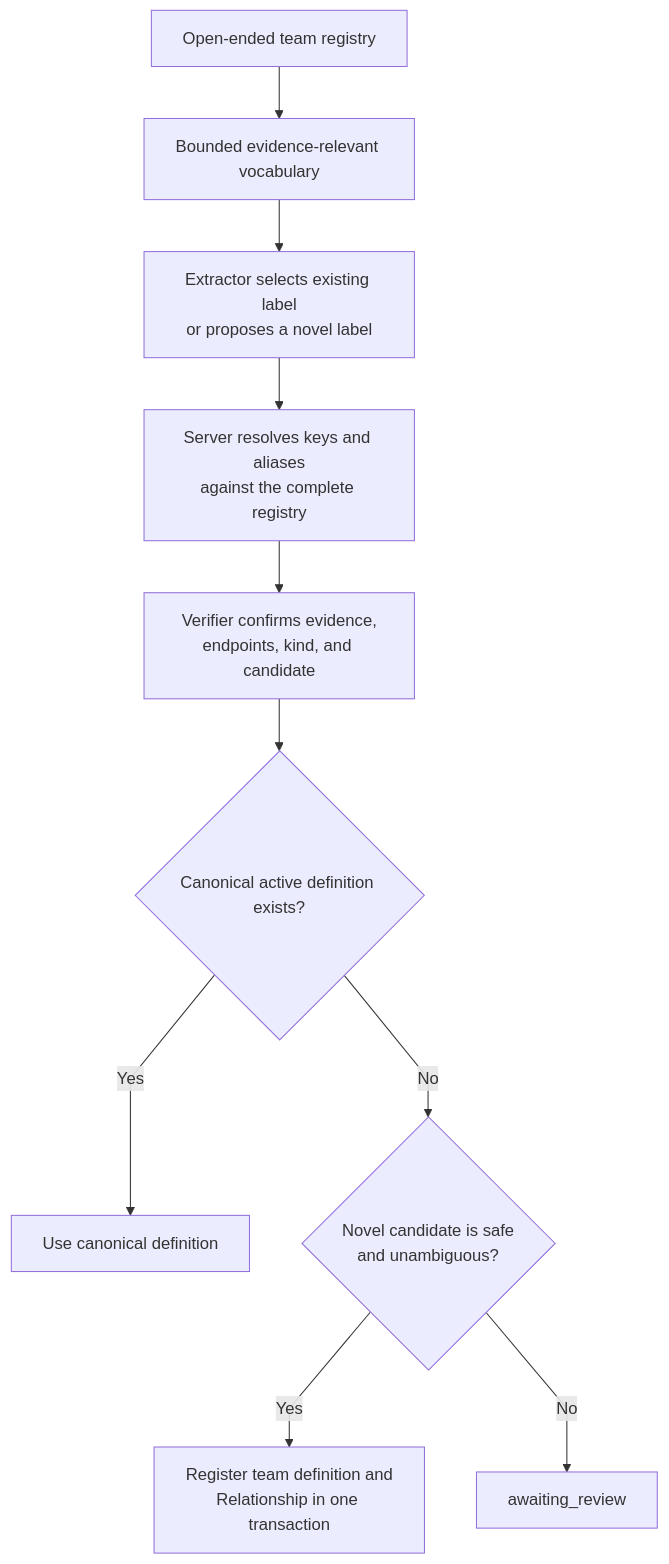
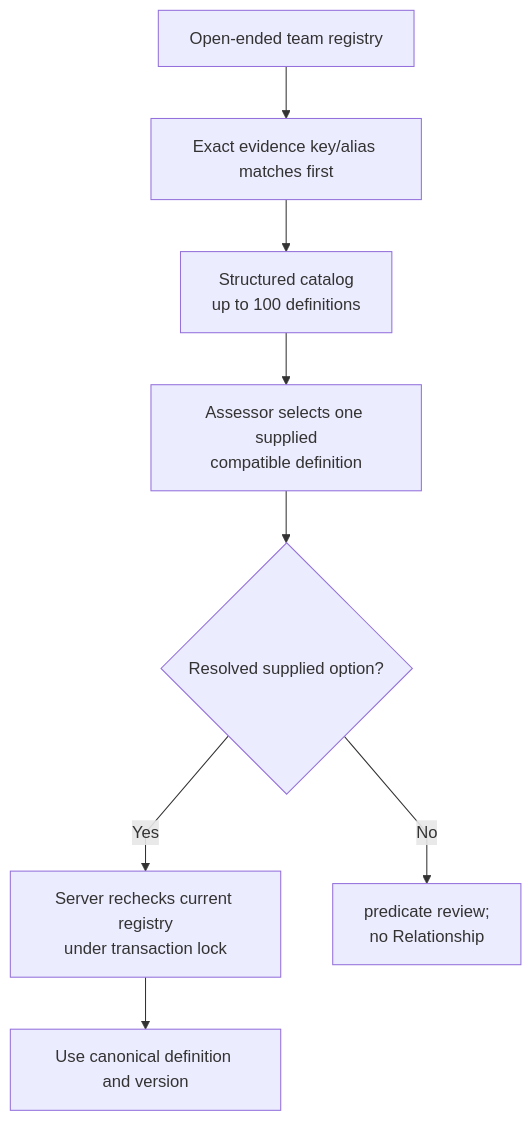
Before and after one commit to markhuangai/dense-mem: the fifth of 10 diagrams in Relationship-Model-And-Lifecycle.md, drawn with Mermaid. The commit also changed other lines of this file and 24 other files, not shown here.

Commit message:
Document V2.4 one-call placement architecture

````diff
--- a/Relationship-Model-And-Lifecycle.md
+++ b/Relationship-Model-And-Lifecycle.md
@@ -379,13 +383,11 @@
 ```mermaid
 %%{init: {"flowchart": {"curve": "linear"}}}%%
 flowchart TD
-  Registry["Open-ended team registry"] --> Relevant["Bounded evidence-relevant vocabulary"]
-  Relevant --> Extractor["Extractor selects existing label<br/>or proposes a novel label"]
-  Extractor --> Canonical["Server resolves keys and aliases<br/>against the complete registry"]
-  Canonical --> Verify["Verifier confirms evidence,<br/>endpoints, kind, and candidate"]
-  Verify --> Existing{"Canonical active definition exists?"}
-  Existing -- Yes --> Use["Use canonical definition"]
-  Existing -- No --> Safe{"Novel candidate is safe<br/>and unambiguous?"}
-  Safe -- Yes --> Atomic["Register team definition and<br/>Relationship in one transaction"]
-  Safe -- No --> Review["awaiting_review"]
+  Registry["Open-ended team registry"] --> Exact["Exact evidence key/alias matches first"]
+  Exact --> Catalog["Structured catalog<br/>up to 100 definitions"]
+  Catalog --> Assess["Assessor selects one supplied<br/>compatible definition"]
+  Assess --> Selected{"Resolved supplied option?"}
+  Selected -- Yes --> Recheck["Server rechecks current registry<br/>under transaction lock"]
+  Recheck --> Use["Use canonical definition and version"]
+  Selected -- No --> Review["predicate review;<br/>no Relationship"]
 ```
````
